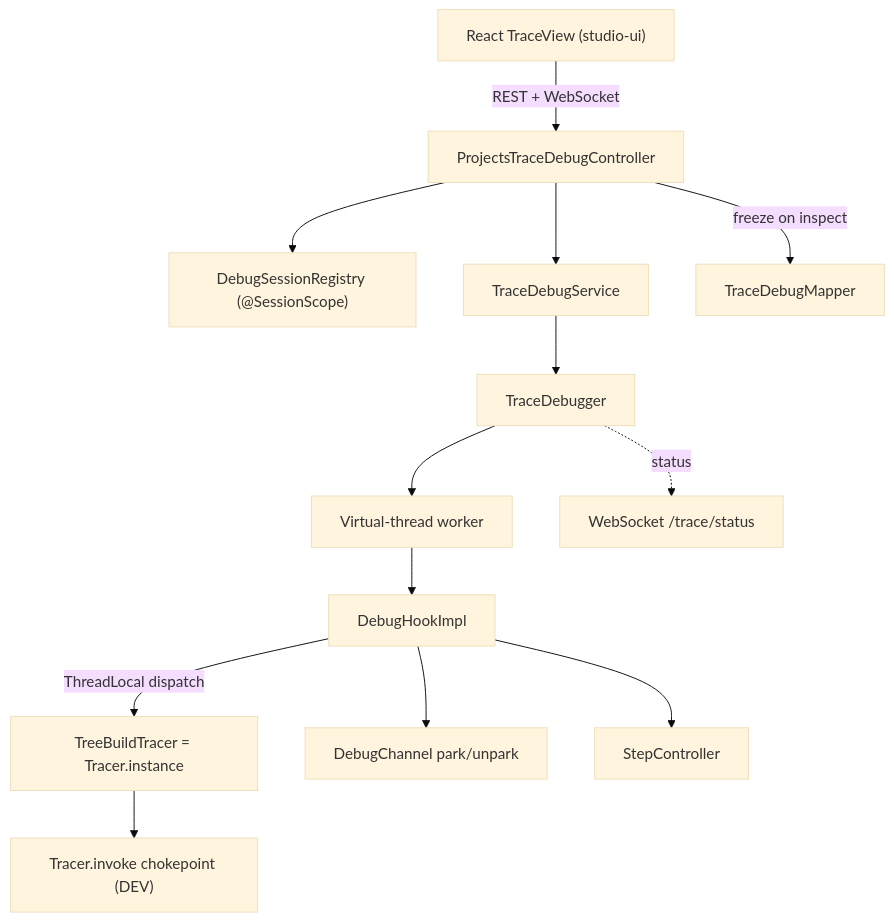
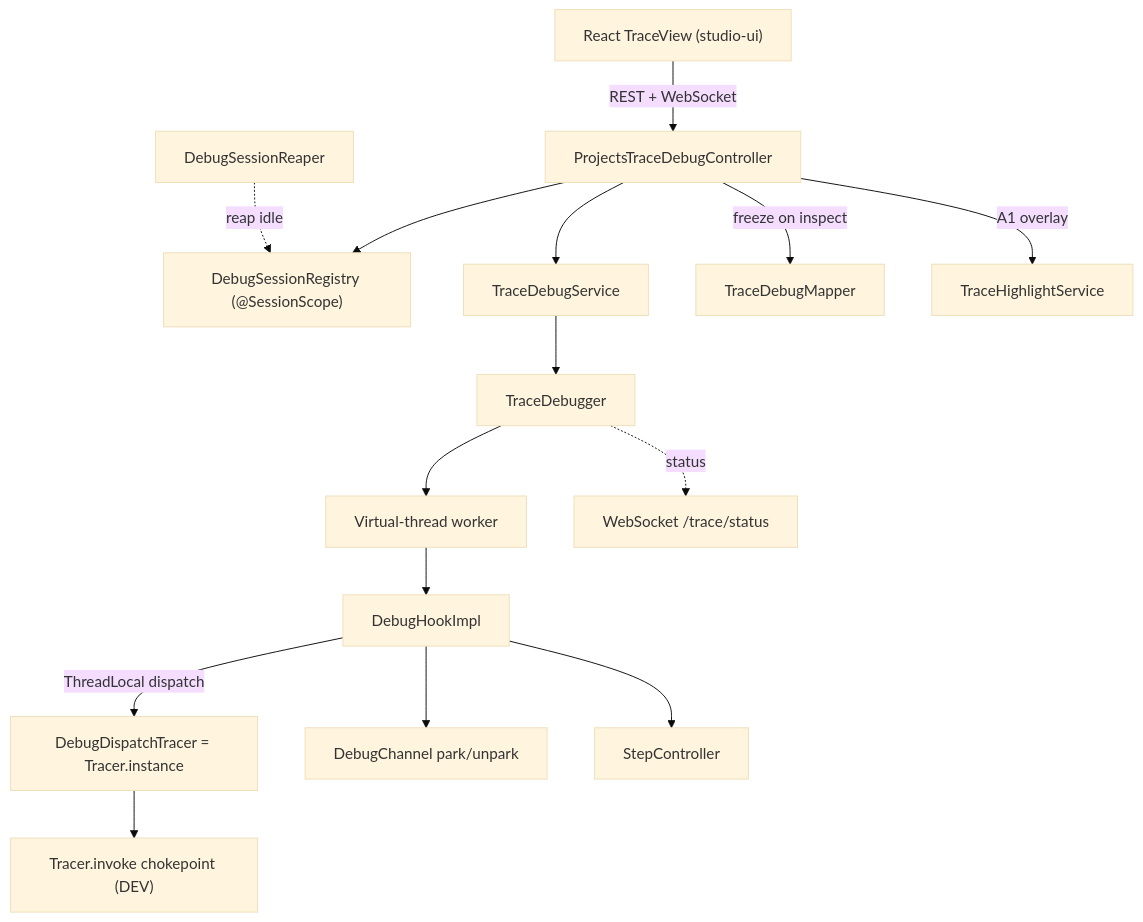
Before and after one commit to openl-tablets/openl-tablets: the third of 4 diagrams in Docs/api/projects-trace-architecture.md, drawn with Mermaid (base theme). The commit also changed other lines of this file and 3 other files, not shown here.

````diff
--- a/Docs/api/projects-trace-architecture.md
+++ b/Docs/api/projects-trace-architecture.md
@@ -115,15 +121,17 @@
 ```mermaid
 flowchart TD
     UI["React TraceView (studio-ui)"] -->|REST + WebSocket| Ctrl[ProjectsTraceDebugController]
     Ctrl --> Reg["DebugSessionRegistry (@SessionScope)"]
     Ctrl --> Svc[TraceDebugService]
     Ctrl -->|freeze on inspect| Map[TraceDebugMapper]
+    Ctrl -->|A1 overlay| HL[TraceHighlightService]
     Svc --> Dbg[TraceDebugger]
     Dbg --> W[Virtual-thread worker]
     W --> Hook[DebugHookImpl]
-    Hook -->|ThreadLocal dispatch| TBT[TreeBuildTracer = Tracer.instance]
-    TBT --> Trc["Tracer.invoke chokepoint (DEV)"]
+    Hook -->|ThreadLocal dispatch| DDT[DebugDispatchTracer = Tracer.instance]
+    DDT --> Trc["Tracer.invoke chokepoint (DEV)"]
     Hook --> Ch[DebugChannel park/unpark]
     Hook --> Step[StepController]
+    Reaper[DebugSessionReaper] -. reap idle .-> Reg
     Dbg -. status .-> WS[WebSocket /trace/status]
 ```
````
